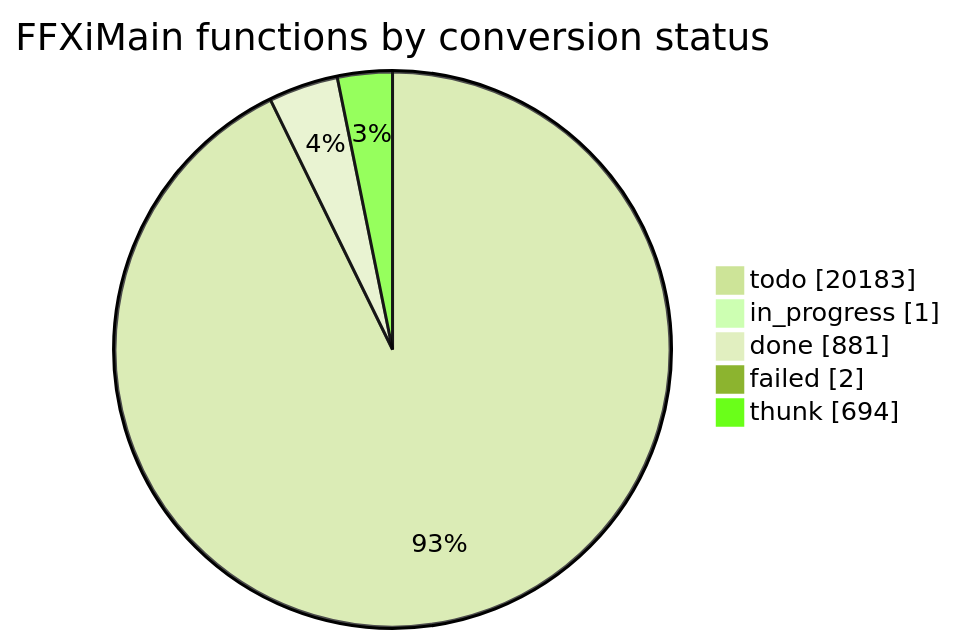
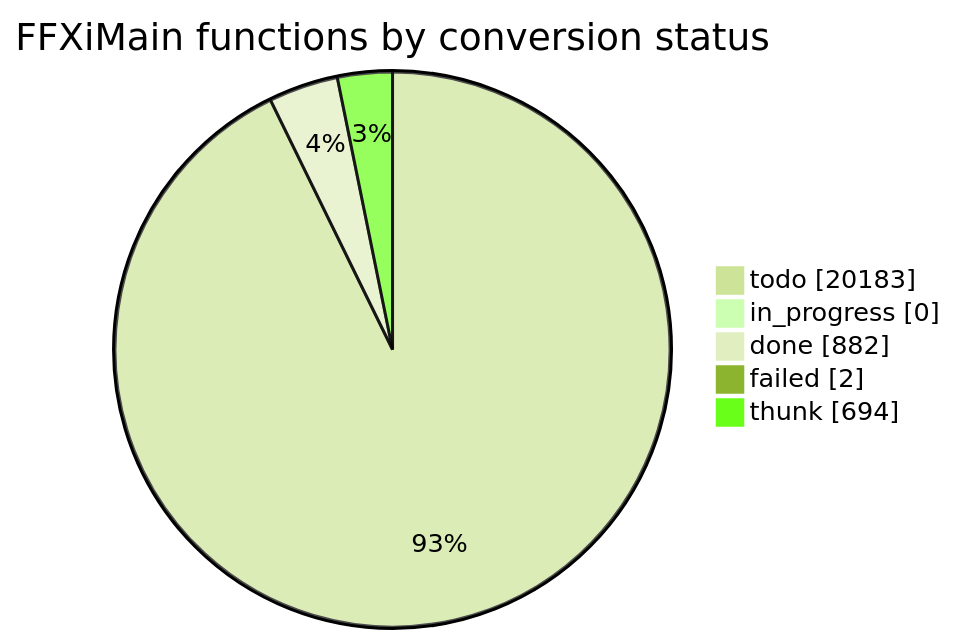
One commit to cowrevenge/cow_kuluu_xi_anything changed the diagram in docs/cow/STATUS.md. Above: the diagram before and after it, drawn with Mermaid (forest theme). The commit also changed other lines of this file and 9 other files, not shown here.

````diff
--- a/docs/cow/STATUS.md
+++ b/docs/cow/STATUS.md
@@ -18,9 +18,9 @@
 ```mermaid
 pie showData
     title FFXiMain functions by conversion status
     "todo" : 20183
-    "in_progress" : 1
-    "done" : 881
+    "in_progress" : 0
+    "done" : 882
     "failed" : 2
     "thunk" : 694
 ```
````
